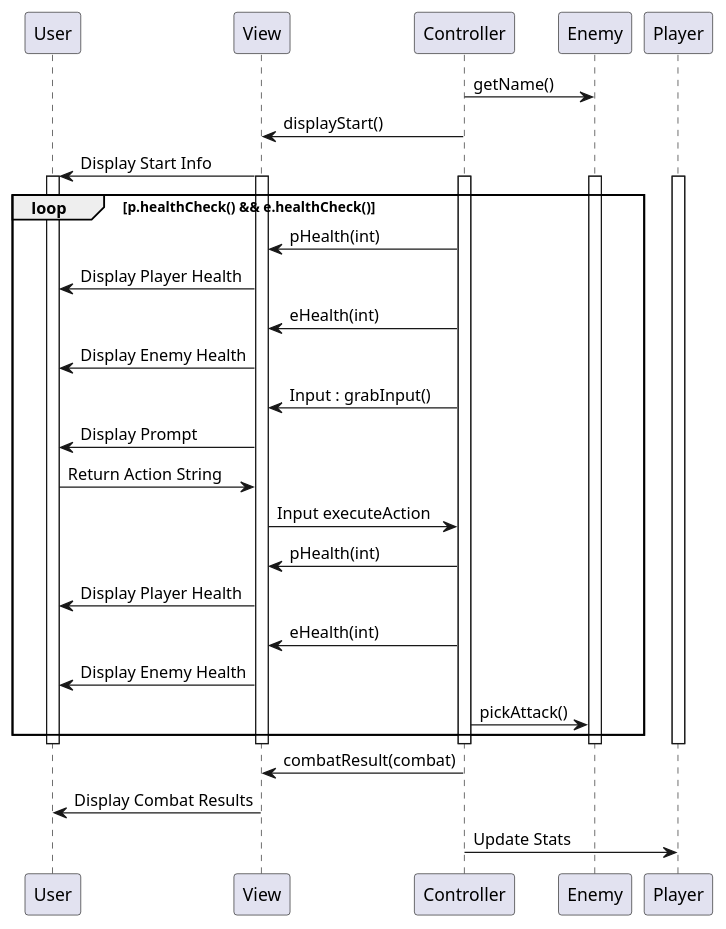
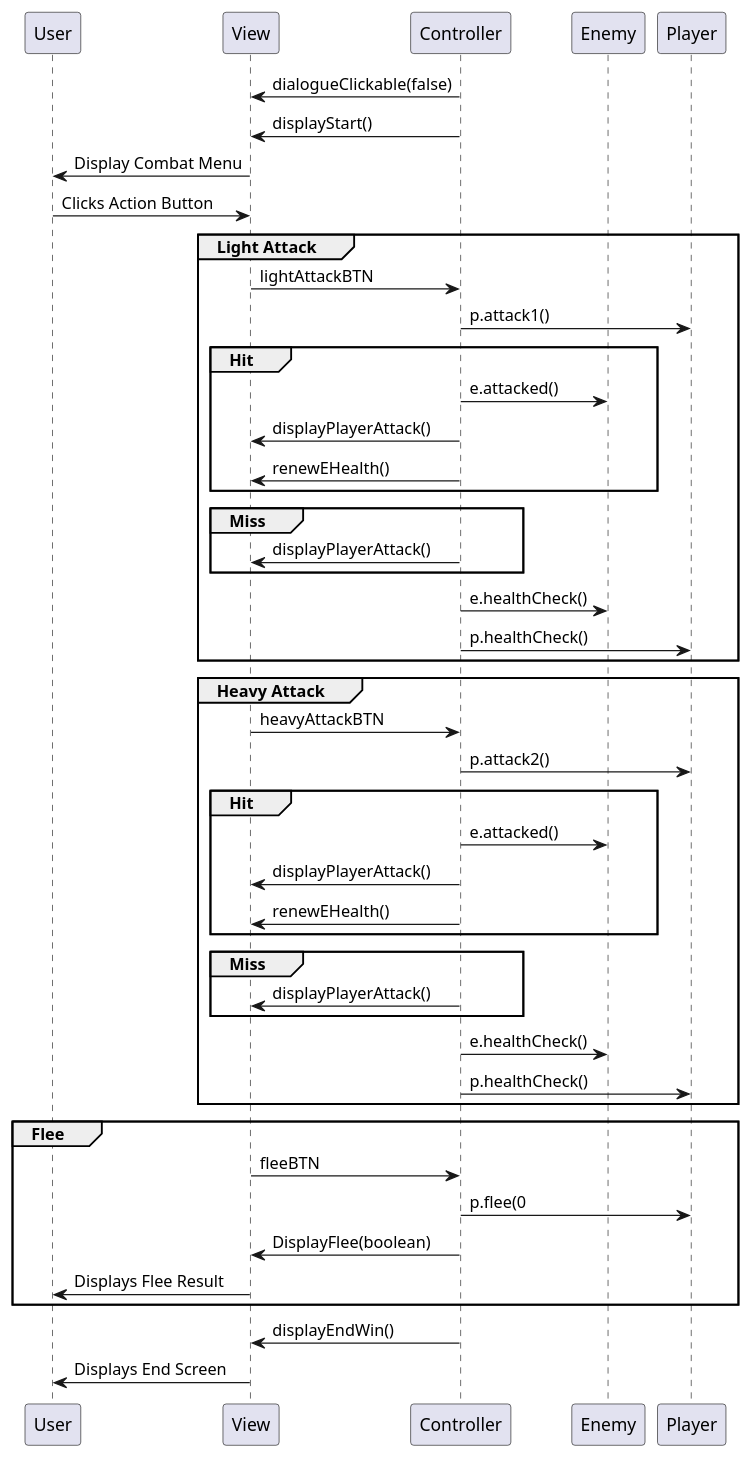
Before and after one commit to BillCheng9/Steampunk-Game: the second of 2 diagrams in intellij/doc/design.md, drawn with PlantUML. The commit also changed other lines of this file, not shown here.

Commit message:
Updated class diagram and sequence diagram

````diff
--- a/intellij/doc/design.md
+++ b/intellij/doc/design.md
@@ -115,48 +145,53 @@
 ```plantuml
-
 
 participant "User" as user
 participant "View" as view
 participant "Controller" as control
 participant "Enemy" as enemy
 participant "Player" as player
 
-control -> enemy : getName()
+control -> view : dialogueClickable(false)
 control -> view : displayStart()
-view -> user : Display Start Info
+view -> user : Display Combat Menu
+user -> view : Clicks Action Button
 
-loop p.healthCheck() && e.healthCheck()
-activate view
-activate control
-activate player
-activate enemy
-activate user
-
-control -> view : pHealth(int)
-view -> user : Display Player Health
-control -> view : eHealth(int)
-view -> user : Display Enemy Health
-
-control -> view : Input : grabInput()
-view -> user : Display Prompt
-user -> view : Return Action String
-view -> control : Input executeAction
-
-control -> view : pHealth(int)
-view -> user : Display Player Health
-control -> view : eHealth(int)
-view -> user : Display Enemy Health
-
-control -> enemy : pickAttack()
+group Light Attack
+view -> control : lightAttackBTN
+control -> player : p.attack1()
+group Hit
+control -> enemy : e.attacked()
+control -> view : displayPlayerAttack()
+control -> view : renewEHealth()
+end
+group Miss
+control -> view : displayPlayerAttack()
+end
+control -> enemy : e.healthCheck()
+control -> player : p.healthCheck()
 end
 
-deactivate view
-deactivate control
-deactivate enemy
-deactivate user
-deactivate player
+group Heavy Attack
+view -> control : heavyAttackBTN
+control -> player : p.attack2()
+group Hit
+control -> enemy : e.attacked()
+control -> view : displayPlayerAttack()
+control -> view : renewEHealth()
+end
+group Miss
+control -> view : displayPlayerAttack()
+end
+control -> enemy : e.healthCheck()
+control -> player : p.healthCheck()
+end
 
-control -> view : combatResult(combat)
-view -> user : Display Combat Results
-control -> player : Update Stats
+group Flee
+view -> control : fleeBTN
+control -> player : p.flee(0
+control -> view : DisplayFlee(boolean)
+view -> user : Displays Flee Result
+end
+
+control -> view : displayEndWin()
+view -> user : Displays End Screen
 ```
````
